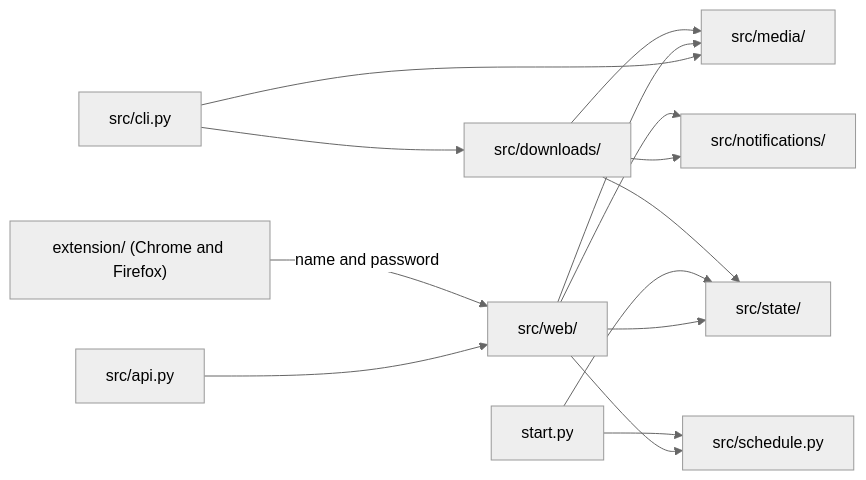
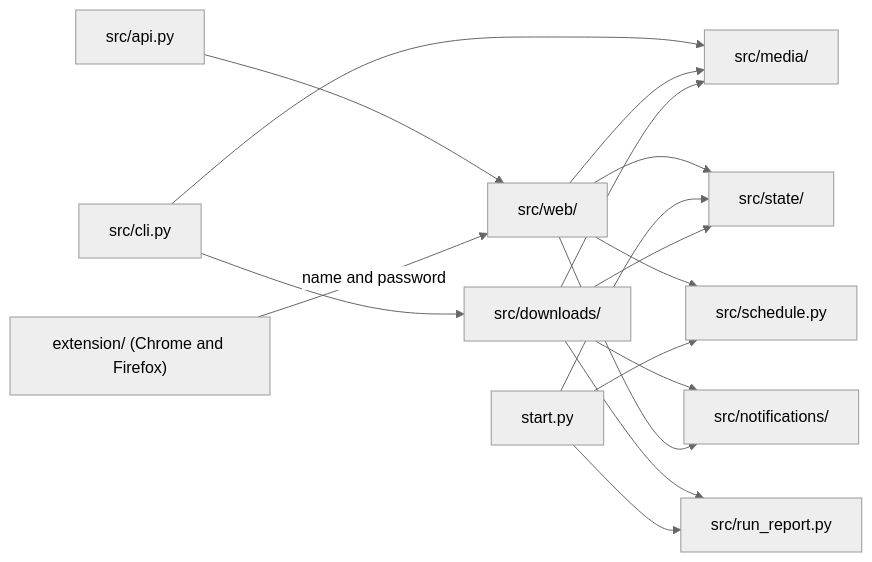
One commit to GerardWu100/podcast-downloader changed the diagram in docs/architecture.md. Above: the diagram before and after it, drawn with Mermaid (neutral theme). The commit also changed other lines of this file and 33 other files, not shown here.

````diff
--- a/docs/architecture.md
+++ b/docs/architecture.md
@@ -10,16 +10,18 @@
 ```mermaid
 flowchart LR
     API["src/api.py"] --> Web["src/web/"]
     Extension["extension/ (Chrome and Firefox)"] -->|"name and password"| Web
     CLI["src/cli.py"] --> Downloads["src/downloads/"]
     CLI --> Media["src/media/"]
     Web --> Media
     Web --> State["src/state/"]
     Web --> Schedule["src/schedule.py"]
+    Downloads --> Report["src/run_report.py"]
+    Start --> Report
     Start["start.py"] --> Schedule
     Start --> State
     Downloads --> Media
     Downloads --> State
     Downloads --> Notify["src/notifications/"]
     Web --> Notify
 ```
````
